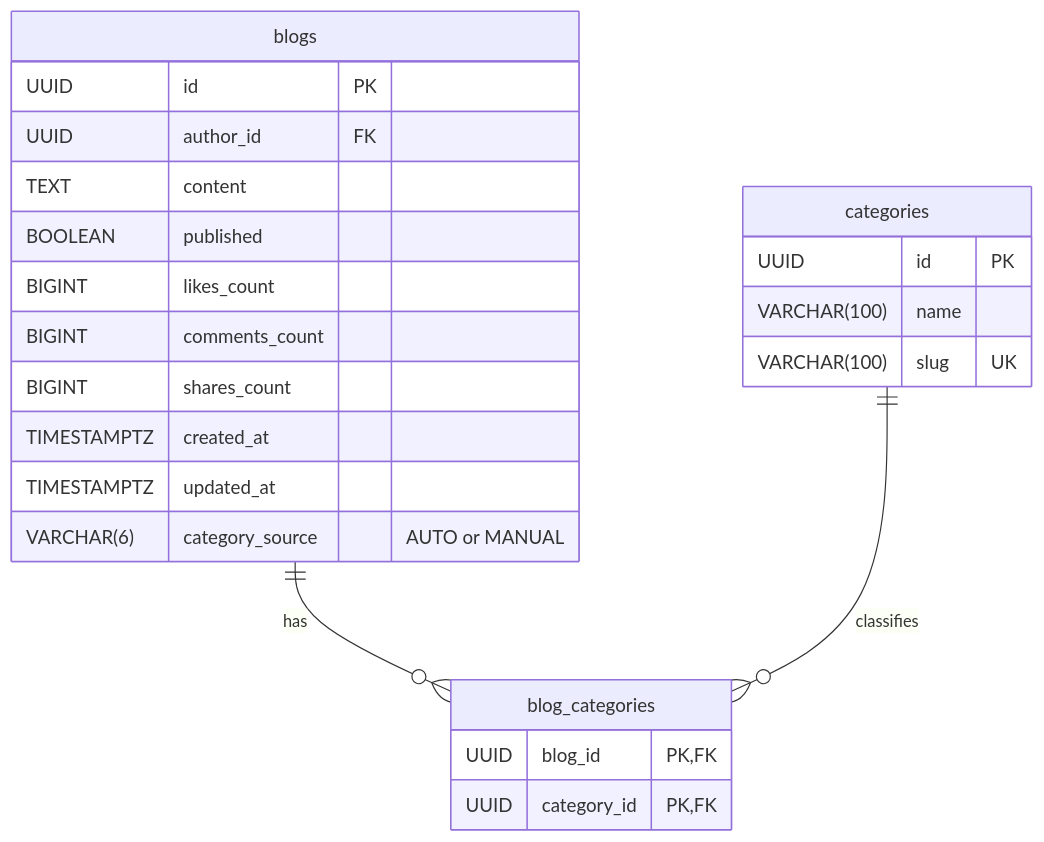
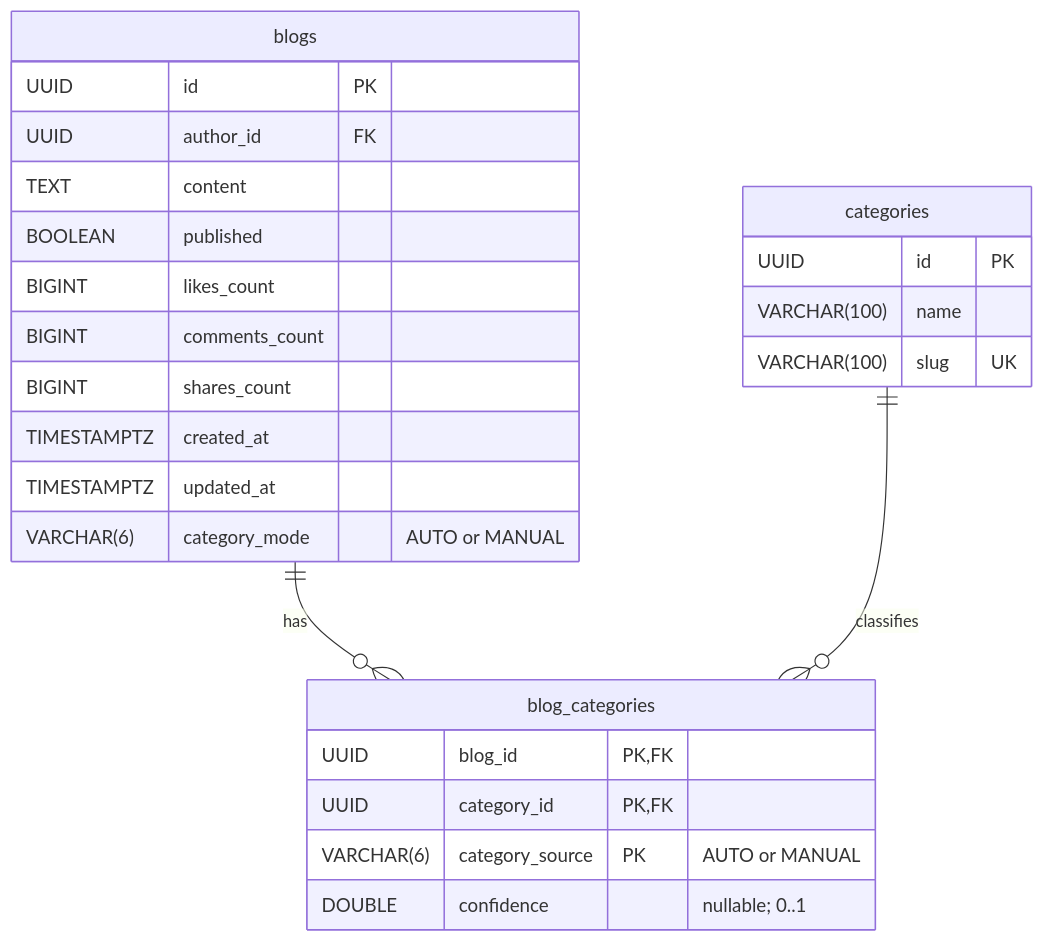
The diagram in docs/spec/07-phan-loai-chu-de.md (Ngocanhjr/SoulSpace), drawn with Mermaid before and after one commit. The commit also changed other lines of this file and 19 other files, not shown here.

Commit message:
feat: add categories and blog_categories tables with confidence and category_mode fields; create public blog feed view

````diff
--- a/docs/spec/07-phan-loai-chu-de.md
+++ b/docs/spec/07-phan-loai-chu-de.md
@@ -63,26 +95,28 @@
 ```mermaid
 erDiagram
     blogs ||--o{ blog_categories : has
     categories ||--o{ blog_categories : classifies
     blog_categories {
         UUID blog_id PK, FK
         UUID category_id PK, FK
+        VARCHAR(6) category_source PK "AUTO or MANUAL"
+        DOUBLE confidence "nullable; 0..1"
     }
     categories {
         UUID id PK
         VARCHAR(100) name
         VARCHAR(100) slug UK
     }
     blogs {
         UUID id PK
         UUID author_id FK
         TEXT content
         BOOLEAN published
         BIGINT likes_count
         BIGINT comments_count
         BIGINT shares_count
         TIMESTAMPTZ created_at
         TIMESTAMPTZ updated_at
-        VARCHAR(6) category_source "AUTO or MANUAL"
+        VARCHAR(6) category_mode "AUTO or MANUAL"
     }
 ```
````
